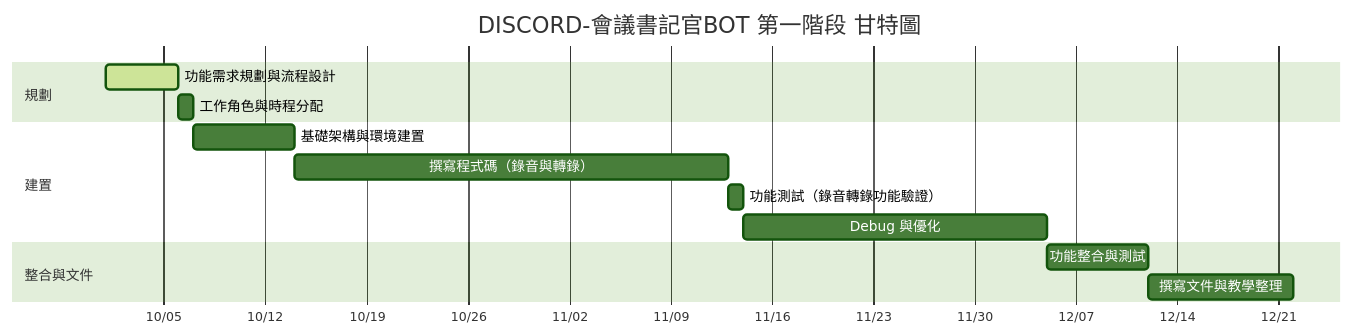
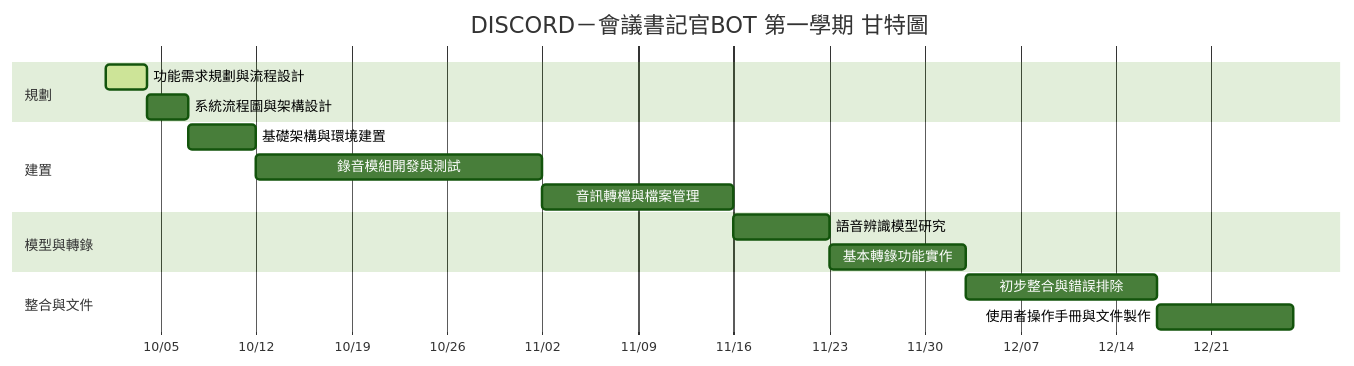
Before and after one commit to C112118249/Group-8: the second of 2 diagrams in 工作分配和進度規劃.md, drawn with Mermaid (forest theme). The commit also changed other lines of this file, not shown here.

````diff
--- a/工作分配和進度規劃.md
+++ b/工作分配和進度規劃.md
@@ -43,23 +46,27 @@
 ```mermaid
 gantt
-    title DISCORD-會議書記官BOT 第一階段 甘特圖
-    dateFormat  YYYY-MM-DD
-    axisFormat  %m/%d
+title DISCORD－會議書記官BOT 第一學期 甘特圖
+dateFormat YYYY-MM-DD
+axisFormat %m/%d
 
-    section 規劃
-    功能需求規劃與流程設計       :active, des1, 2025-10-01, 5d
-    工作角色與時程分配           :des2, 2025-10-06, 1d
+section 規劃
+功能需求規劃與流程設計       :active, des1, 2025-10-01, 3d
+系統流程圖與架構設計         :des2, 2025-10-04, 3d
 
-    section 建置
-    基礎架構與環境建置           :des3, 2025-10-07, 7d
-    撰寫程式碼（錄音與轉錄）     :des4, 2025-10-14, 30d
-    功能測試（錄音轉錄功能驗證） :des5, 2025-11-13, 1d
-    Debug 與優化                 :des6, 2025-11-14, 21d
+section 建置
+基礎架構與環境建置           :des3, 2025-10-07, 5d
+錄音模組開發與測試           :des4, 2025-10-12, 21d
+音訊轉檔與檔案管理           :des5, 2025-11-02, 14d
 
-    section 整合與文件
-    功能整合與測試               :des7, 2025-12-05, 7d
-    撰寫文件與教學整理           :des8, 2025-12-12, 10d
+section 模型與轉錄
+語音辨識模型研究             :des6, 2025-11-16, 7d
+基本轉錄功能實作             :des7, 2025-11-23, 10d
+
+section 整合與文件
+初步整合與錯誤排除           :des8, 2025-12-03, 14d
+使用者操作手冊與文件製作     :des9, 2025-12-17, 10d
+
 
 
 
 ``` 
````
